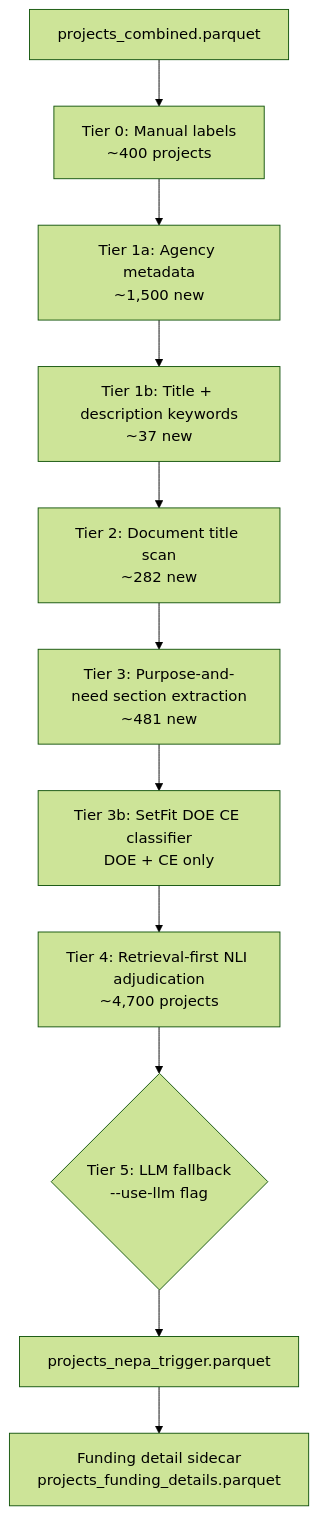
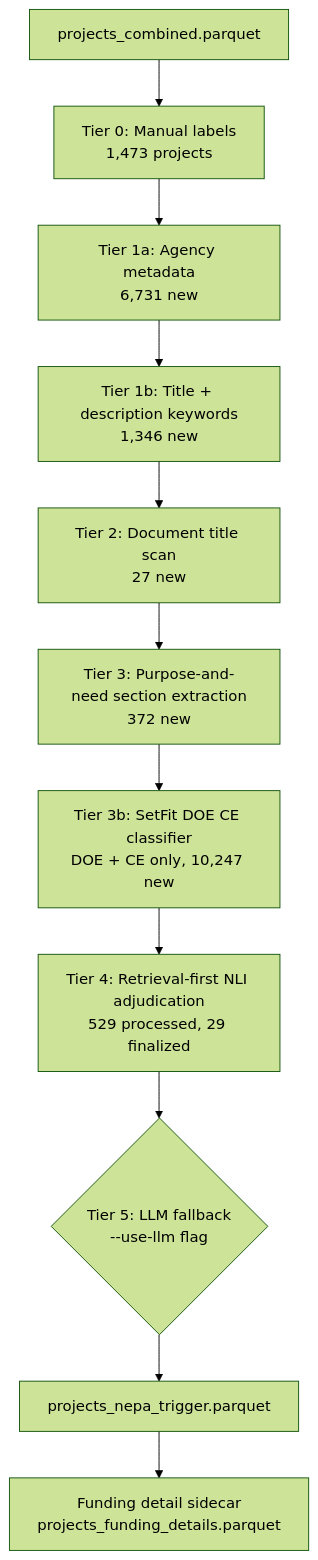
One commit to kaseyzapatka/nepa changed the diagram in phase2/architecture/deliverables/deliverable01.md. Above: the diagram before and after it, drawn with Mermaid (forest theme). The commit also changed other lines of this file and 1 other file, not shown here.

Commit message:
[D1] pre-publication review fixes: dynamic tier table, add pma class to narrative, refresh run results to May 2026, fix stale paths and SetFit threshold docs

````diff
--- a/phase2/architecture/deliverables/deliverable01.md
+++ b/phase2/architecture/deliverables/deliverable01.md
@@ -11,13 +11,13 @@
 ```mermaid
 flowchart TD
-    A[projects_combined.parquet] --> B[Tier 0: Manual labels\n~400 projects]
-    B --> C[Tier 1a: Agency metadata\n~1,500 new]
-    C --> D[Tier 1b: Title + description keywords\n~37 new]
-    D --> E[Tier 2: Document title scan\n~282 new]
-    E --> F[Tier 3: Purpose-and-need section extraction\n~481 new]
-    F --> G[Tier 3b: SetFit DOE CE classifier\nDOE + CE only]
-    G --> H[Tier 4: Retrieval-first NLI adjudication\n~4,700 projects]
+    A[projects_combined.parquet] --> B[Tier 0: Manual labels\n1,473 projects]
+    B --> C[Tier 1a: Agency metadata\n6,731 new]
+    C --> D[Tier 1b: Title + description keywords\n1,346 new]
+    D --> E[Tier 2: Document title scan\n27 new]
+    E --> F[Tier 3: Purpose-and-need section extraction\n372 new]
+    F --> G[Tier 3b: SetFit DOE CE classifier\nDOE + CE only, 10,247 new]
+    G --> H[Tier 4: Retrieval-first NLI adjudication\n529 processed, 29 finalized]
     H --> I{Tier 5: LLM fallback\n--use-llm flag}
     I --> J[projects_nepa_trigger.parquet]
     J --> K[Funding detail sidecar\nprojects_funding_details.parquet]
 ```
````
